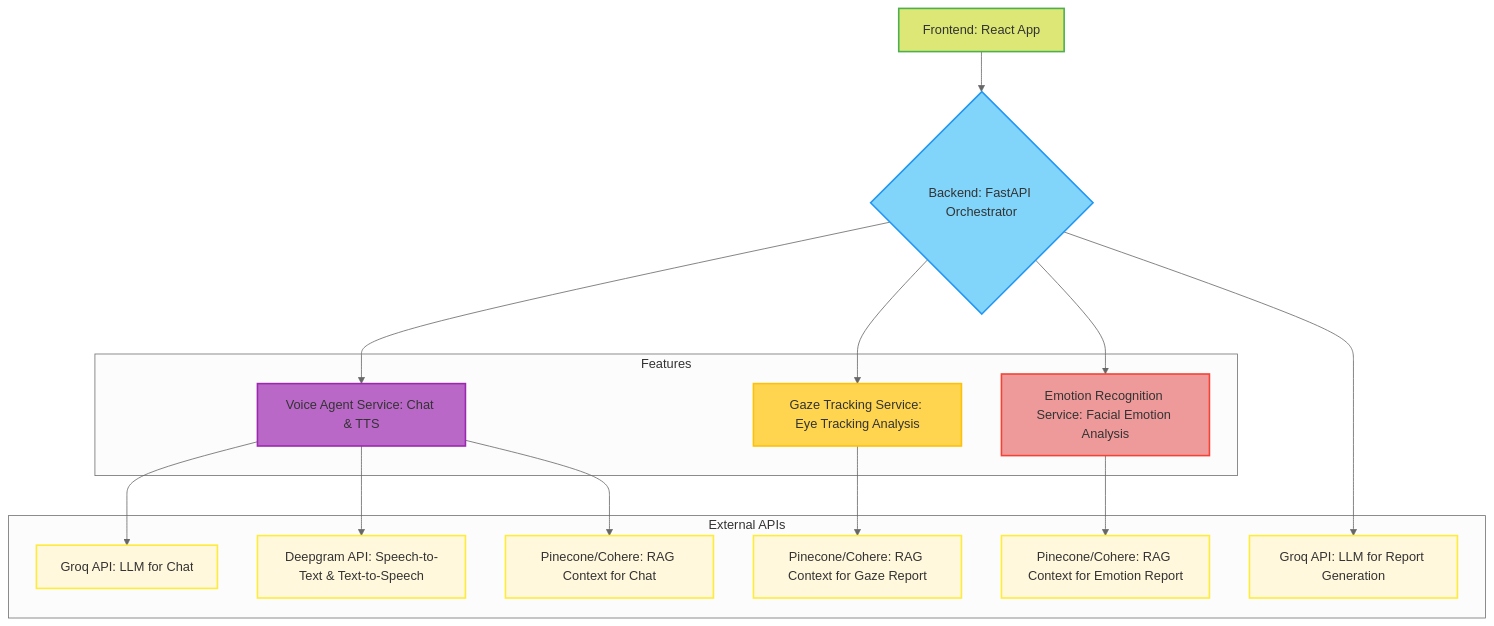
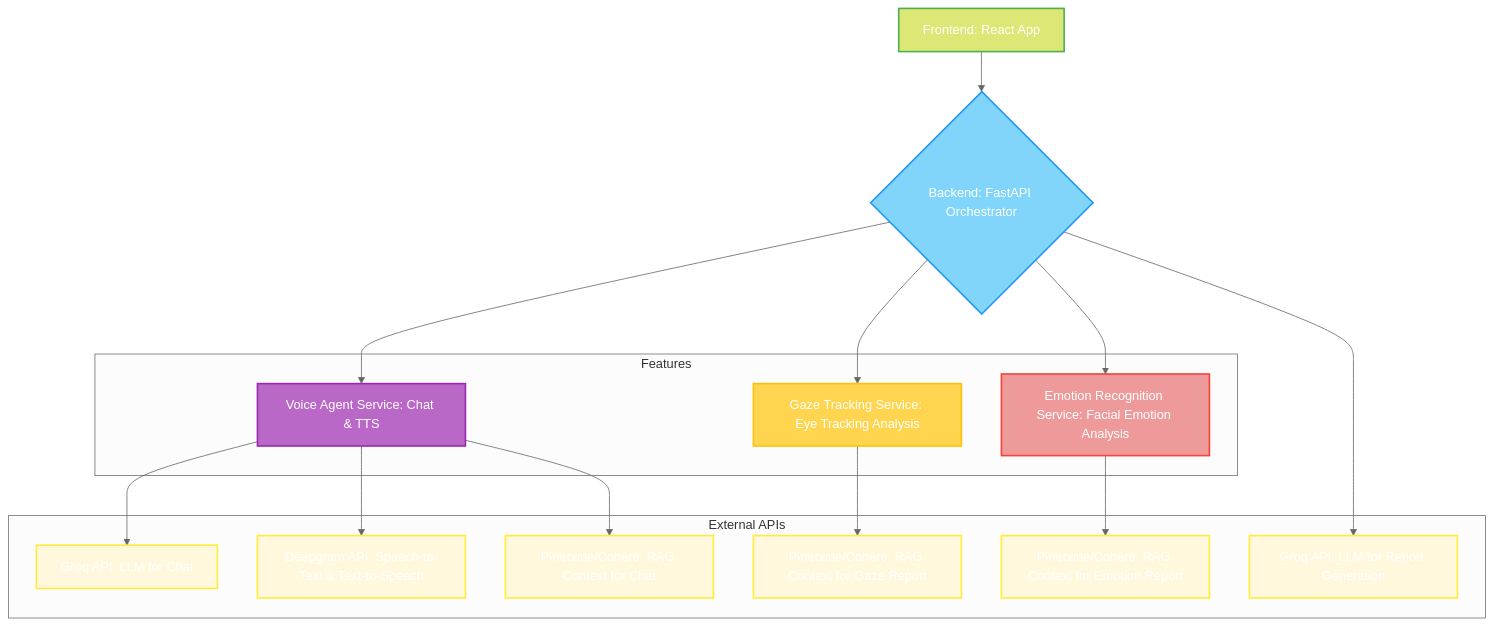
One commit to MeriemTerki/PsycheAI changed the first of 3 diagrams in backend/README.md. Above: the diagram before and after it, drawn with Mermaid (neutral theme). The commit also changed other lines of this file, not shown here.

````diff
--- a/backend/README.md
+++ b/backend/README.md
@@ -9,41 +9,41 @@
 ```mermaid
 graph TD
     A[Frontend: React App] --> B{Backend: FastAPI Orchestrator}
     B --> C[Voice Agent Service: Chat & TTS]
     B --> D[Gaze Tracking Service: Eye Tracking Analysis]
     B --> E[Emotion Recognition Service: Facial Emotion Analysis]
     C --> F[Groq API: LLM for Chat]
     B --> G[Groq API: LLM for Report Generation]
     C --> H[Deepgram API: Speech-to-Text & Text-to-Speech]
     C --> I[Pinecone/Cohere: RAG Context for Chat]
     D --> J[Pinecone/Cohere: RAG Context for Gaze Report]
     E --> K[Pinecone/Cohere: RAG Context for Emotion Report]
 
     subgraph Features
         C
         D
         E
     end
 
     subgraph External APIs
         F
         G
         H
         I
         J
         K
     end
 
-    style A fill:#DCE775,stroke:#4CAF50,stroke-width:2px,color:#333
-    style B fill:#81D4FA,stroke:#2196F3,stroke-width:2px,color:#333
-    style C fill:#BA68C8,stroke:#9C27B0,stroke-width:2px,color:#333
-    style D fill:#FFD54F,stroke:#FFC107,stroke-width:2px,color:#333
-    style E fill:#EF9A9A,stroke:#F44336,stroke-width:2px,color:#333
-    style F fill:#FFF8DC,stroke:#FFEB3B,stroke-width:2px,color:#333
-    style G fill:#FFF8DC,stroke:#FFEB3B,stroke-width:2px,color:#333
-    style H fill:#FFF8DC,stroke:#FFEB3B,stroke-width:2px,color:#333
-    style I fill:#FFF8DC,stroke:#FFEB3B,stroke-width:2px,color:#333
-    style J fill:#FFF8DC,stroke:#FFEB3B,stroke-width:2px,color:#333
-    style K fill:#FFF8DC,stroke:#FFEB3B,stroke-width:2px,color:#333
+    style A fill:#DCE775,stroke:#4CAF50,stroke-width:2px,color:#FFFFFF
+    style B fill:#81D4FA,stroke:#2196F3,stroke-width:2px,color:#FFFFFF
+    style C fill:#BA68C8,stroke:#9C27B0,stroke-width:2px,color:#FFFFFF
+    style D fill:#FFD54F,stroke:#FFC107,stroke-width:2px,color:#FFFFFF
+    style E fill:#EF9A9A,stroke:#F44336,stroke-width:2px,color:#FFFFFF
+    style F fill:#FFF8DC,stroke:#FFEB3B,stroke-width:2px,color:#FFFFFF
+    style G fill:#FFF8DC,stroke:#FFEB3B,stroke-width:2px,color:#FFFFFF
+    style H fill:#FFF8DC,stroke:#FFEB3B,stroke-width:2px,color:#FFFFFF
+    style I fill:#FFF8DC,stroke:#FFEB3B,stroke-width:2px,color:#FFFFFF
+    style J fill:#FFF8DC,stroke:#FFEB3B,stroke-width:2px,color:#FFFFFF
+    style K fill:#FFF8DC,stroke:#FFEB3B,stroke-width:2px,color:#FFFFFF
 
 ```
````
